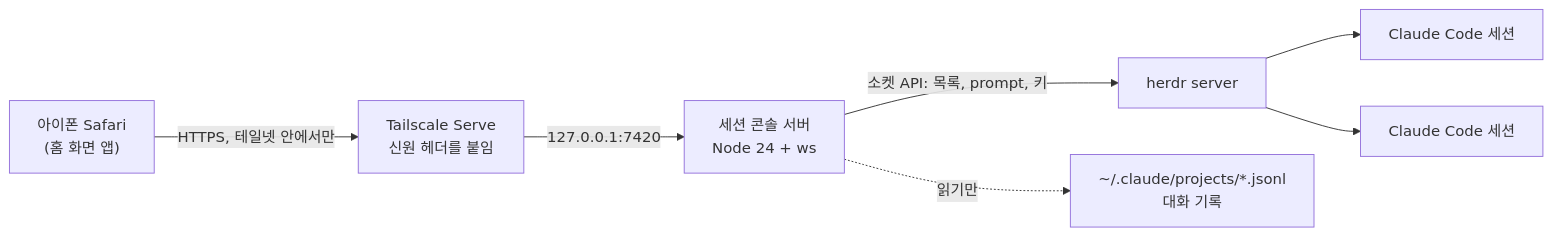
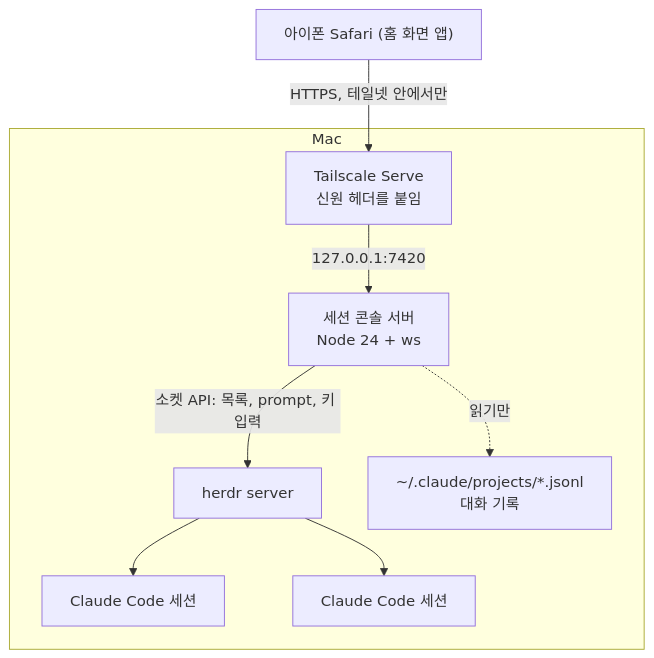
One commit to sky629/remote-session changed the diagram in README.md. Above: the diagram before and after it, drawn with Mermaid. The commit also changed other lines of this file, not shown here.

Commit message:
docs: README 첫 화면 캡처 폭, 다이어그램 방향, 상태 표 줄바꿈을 GitHub 렌더링에 맞춘다

````diff
--- a/README.md
+++ b/README.md
@@ -27,9 +27,11 @@
 ```mermaid
-flowchart LR
-  phone["아이폰 Safari<br/>(홈 화면 앱)"] -->|"HTTPS, 테일넷 안에서만"| serve["Tailscale Serve<br/>신원 헤더를 붙임"]
-  serve -->|"127.0.0.1:7420"| srv["세션 콘솔 서버<br/>Node 24 + ws"]
-  srv -->|"소켓 API: 목록, prompt, 키"| herdr["herdr server"]
-  herdr --> c1["Claude Code 세션"]
-  herdr --> c2["Claude Code 세션"]
-  srv -.->|"읽기만"| tr["~/.claude/projects/*.jsonl<br/>대화 기록"]
+flowchart TB
+  phone["아이폰 Safari (홈 화면 앱)"] -->|"HTTPS, 테일넷 안에서만"| serve
+  subgraph mac["Mac"]
+    serve["Tailscale Serve<br/>신원 헤더를 붙임"] -->|"127.0.0.1:7420"| srv["세션 콘솔 서버<br/>Node 24 + ws"]
+    srv -->|"소켓 API: 목록, prompt, 키 입력"| herdr["herdr server"]
+    srv -.->|"읽기만"| tr["~/.claude/projects/*.jsonl<br/>대화 기록"]
+    herdr --> c1["Claude Code 세션"]
+    herdr --> c2["Claude Code 세션"]
+  end
 ```
````
